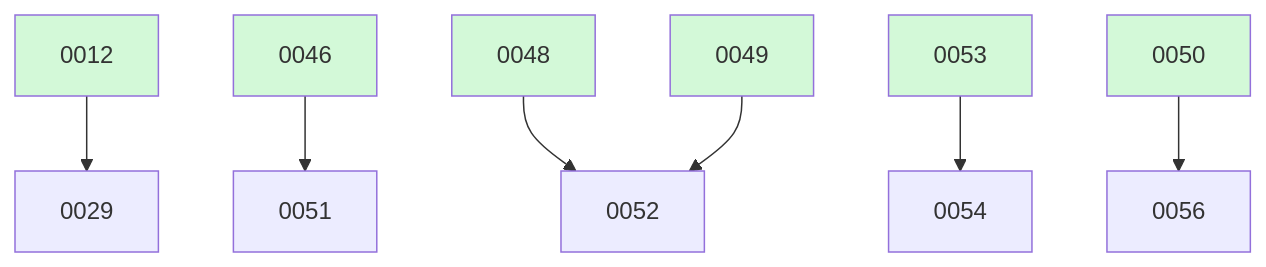
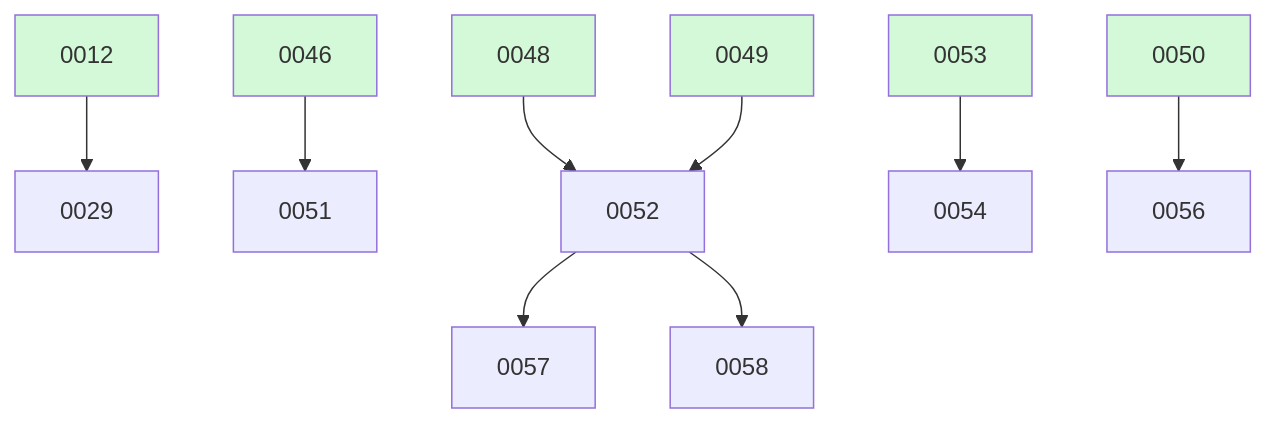
The diagram in docs/changes/BOARD.md (ethanhinson/fuse), drawn with Mermaid before and after one commit. The commit also changed other lines of this file and 2 other files, not shown here.

````diff
--- a/docs/changes/BOARD.md
+++ b/docs/changes/BOARD.md
@@ -25,16 +27,18 @@
 ```mermaid
 graph TD
   0012 --> 0029
   0046 --> 0051
   0048 --> 0052
   0049 --> 0052
   0053 --> 0054
   0050 --> 0056
+  0052 --> 0057
+  0052 --> 0058
   0012:::done
   0046:::done
   0048:::done
   0049:::done
   0050:::done
   0053:::done
   classDef done fill:#d3f9d8;
 ```
````
